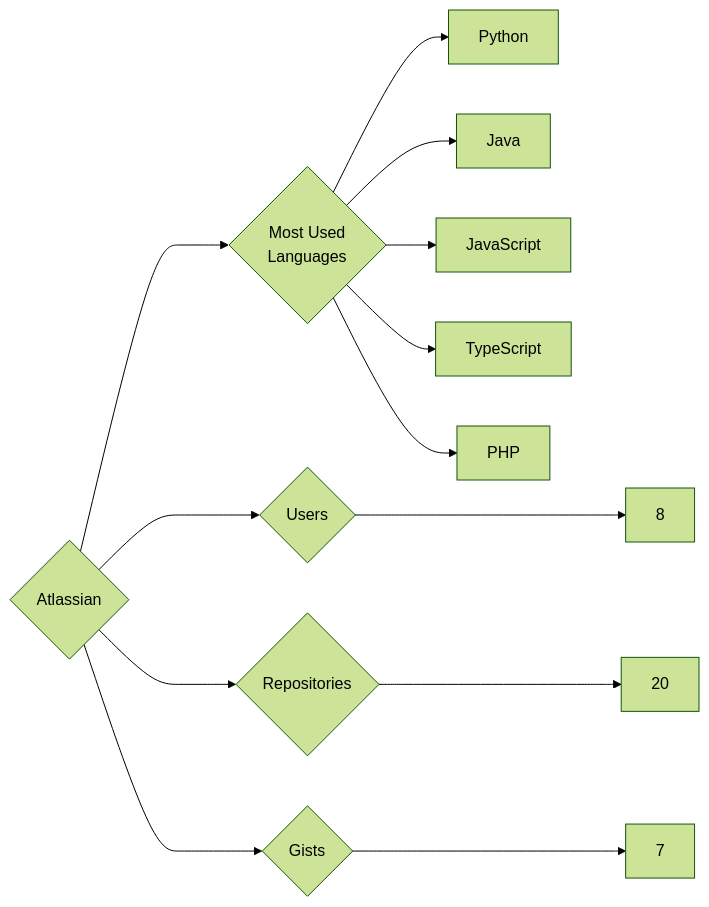
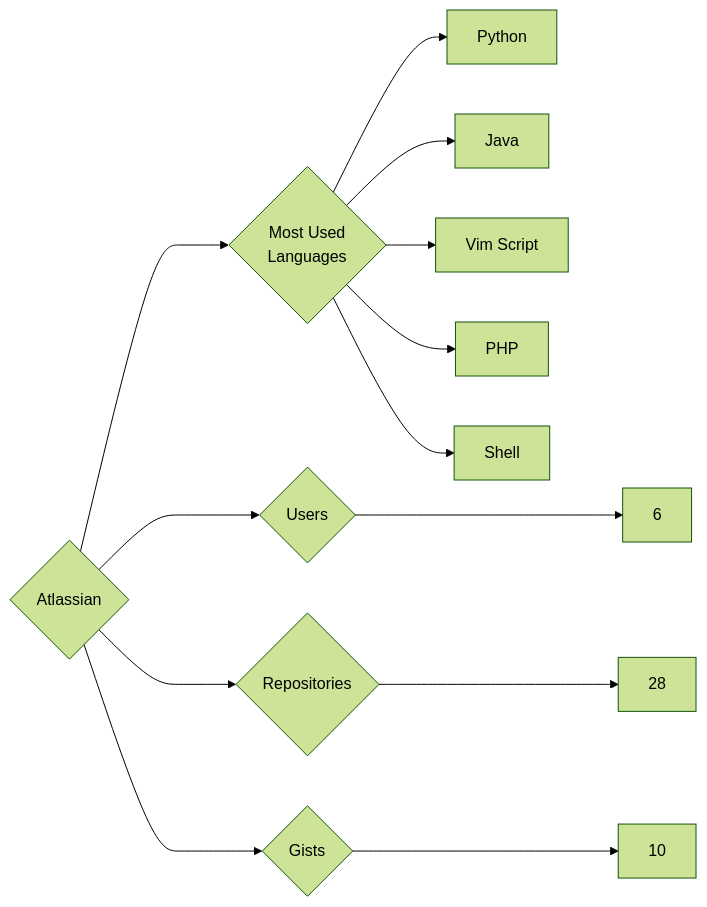
One commit to trickest/insiders changed the diagram in targets/Atlassian/README.md. Above: the diagram before and after it, drawn with Mermaid (forest theme). The commit also changed 865 other files, not shown here.

````diff
--- a/targets/Atlassian/README.md
+++ b/targets/Atlassian/README.md
@@ -3,13 +3,13 @@
 ```mermaid
 graph LR
 COMPANY_NAME{Atlassian}
-COMPANY_NAME ---> U{Users} ---> UN[8]
-COMPANY_NAME ---> R{Repositories} ---> RN[20]
-COMPANY_NAME ---> G{Gists} ---> GN[7]
+COMPANY_NAME ---> U{Users} ---> UN[6]
+COMPANY_NAME ---> R{Repositories} ---> RN[28]
+COMPANY_NAME ---> G{Gists} ---> GN[10]
 COMPANY_NAME ---> ML{Most Used<br>Languages}
 ML --> Python[Python]
 ML --> Java[Java]
-ML --> JavaScript[JavaScript]
-ML --> TypeScript[TypeScript]
+ML --> Vim_Script[Vim Script]
 ML --> PHP[PHP]
+ML --> Shell[Shell]
 ```
````
